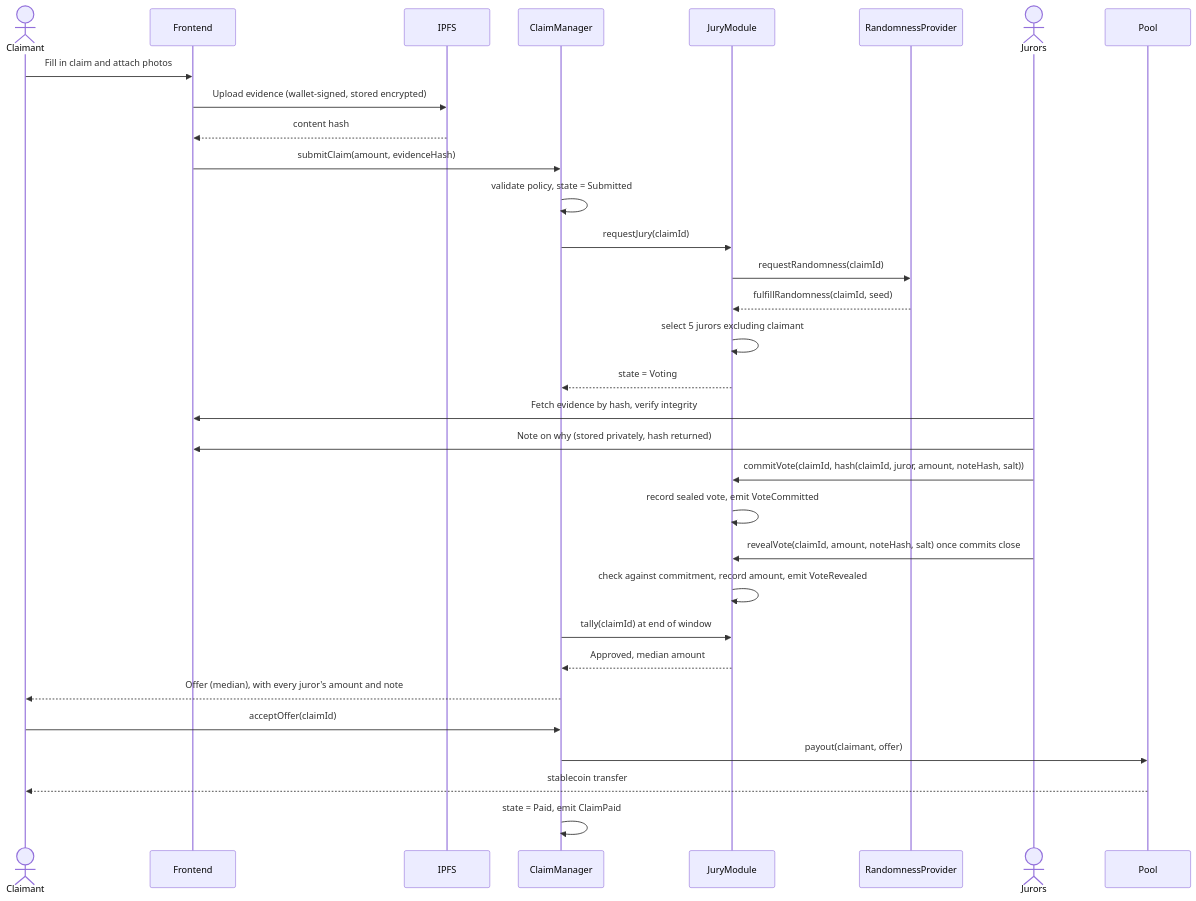
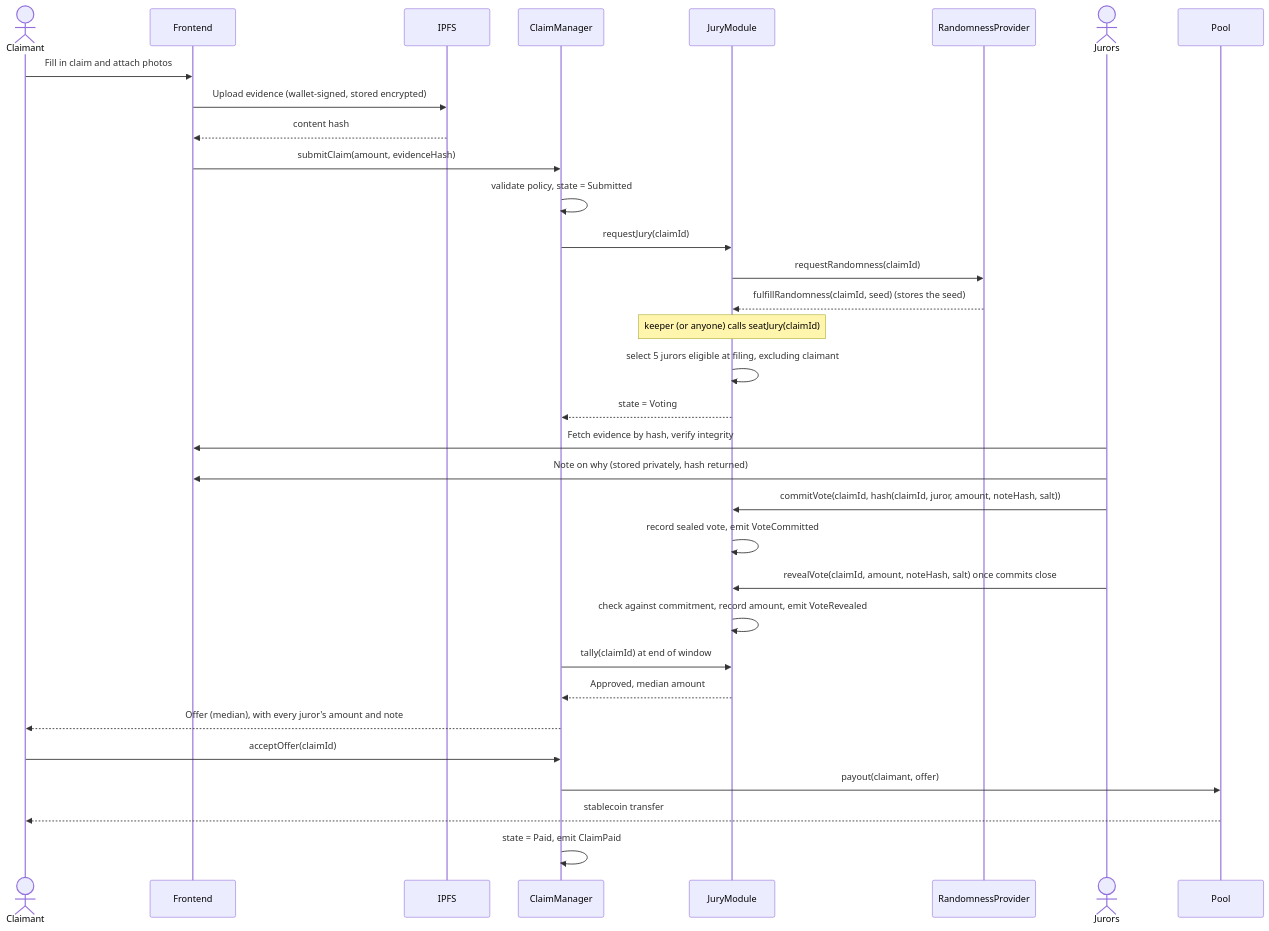
The fourth of 5 diagrams in docs/design-doc.md (StephanieNgu/trust-pool), drawn with Mermaid before and after one commit. The commit also changed other lines of this file and 21 other files, not shown here.

````diff
--- a/docs/design-doc.md
+++ b/docs/design-doc.md
@@ -211,35 +212,36 @@
 ```mermaid
 sequenceDiagram
     actor C as Claimant
     participant UI as Frontend
     participant IPFS as IPFS
     participant CM as ClaimManager
     participant JM as JuryModule
     participant RNG as RandomnessProvider
     actor J as Jurors
     participant P as Pool
 
     C->>UI: Fill in claim and attach photos
     UI->>IPFS: Upload evidence (wallet-signed, stored encrypted)
     IPFS-->>UI: content hash
     UI->>CM: submitClaim(amount, evidenceHash)
     CM->>CM: validate policy, state = Submitted
     CM->>JM: requestJury(claimId)
     JM->>RNG: requestRandomness(claimId)
-    RNG-->>JM: fulfillRandomness(claimId, seed)
-    JM->>JM: select 5 jurors excluding claimant
+    RNG-->>JM: fulfillRandomness(claimId, seed) (stores the seed)
+    Note over JM: keeper (or anyone) calls seatJury(claimId)
+    JM->>JM: select 5 jurors eligible at filing, excluding claimant
     JM-->>CM: state = Voting
     J->>UI: Fetch evidence by hash, verify integrity
     J->>UI: Note on why (stored privately, hash returned)
     J->>JM: commitVote(claimId, hash(claimId, juror, amount, noteHash, salt))
     JM->>JM: record sealed vote, emit VoteCommitted
     J->>JM: revealVote(claimId, amount, noteHash, salt) once commits close
     JM->>JM: check against commitment, record amount, emit VoteRevealed
     CM->>JM: tally(claimId) at end of window
     JM-->>CM: Approved, median amount
     CM-->>C: Offer (median), with every juror's amount and note
     C->>CM: acceptOffer(claimId)
     CM->>P: payout(claimant, offer)
     P-->>C: stablecoin transfer
     CM->>CM: state = Paid, emit ClaimPaid
 ```
````
